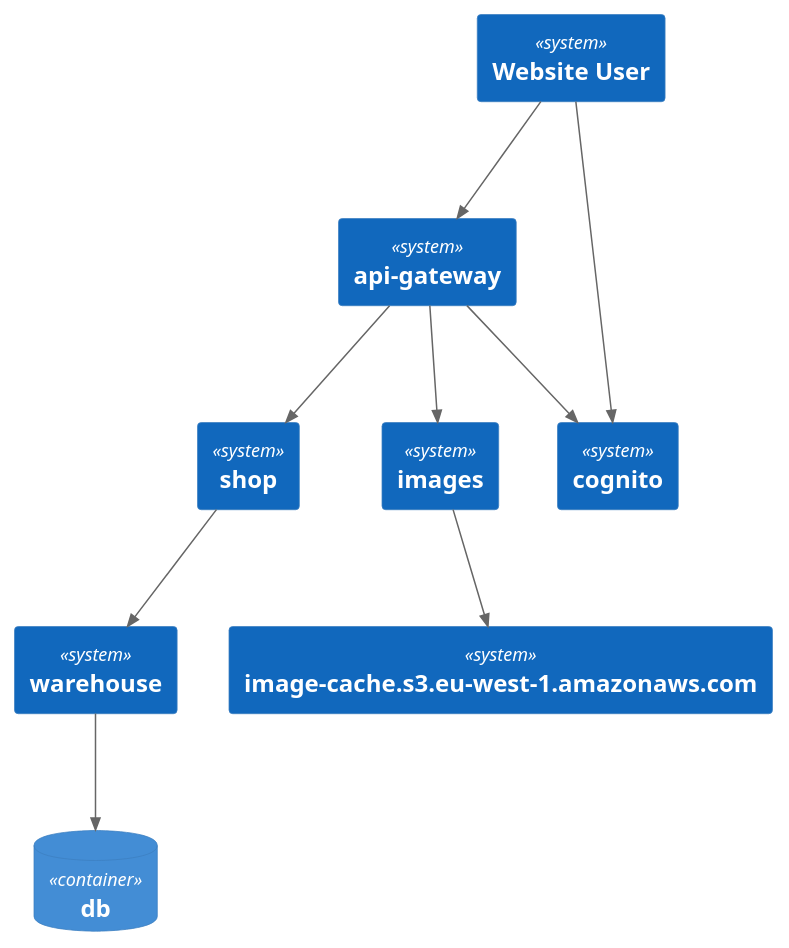
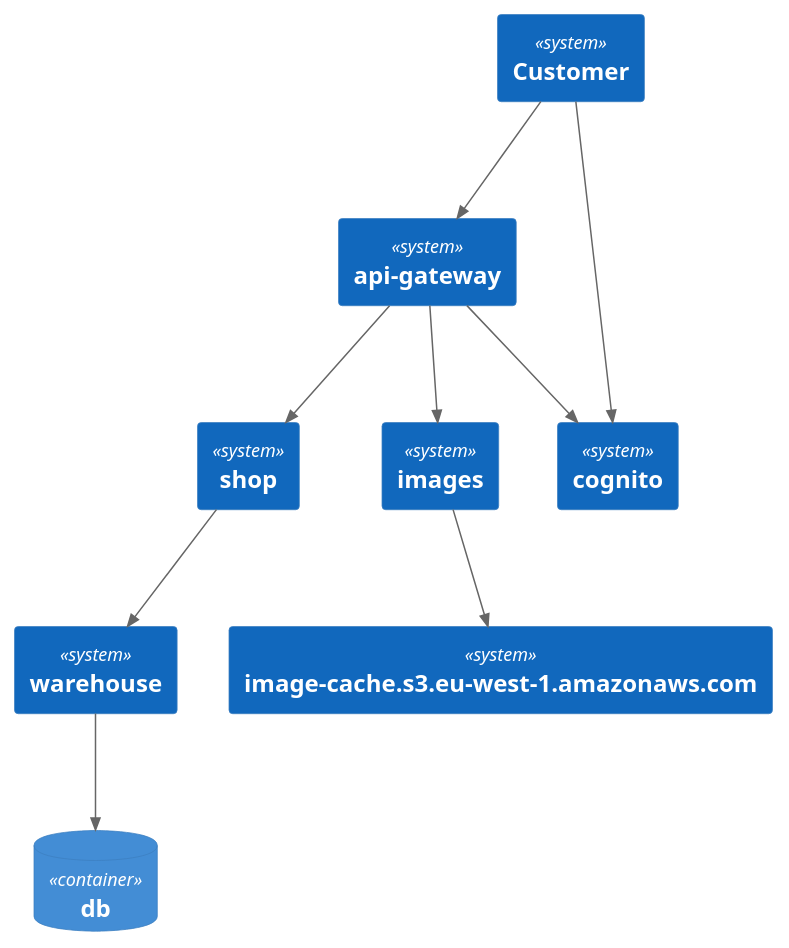
The diagram in .presentation/.generated/FailingTest - can load stock list and order item - Interactions.puml (http4k/exploring-the-testing-hyperpyramid), drawn with PlantUML before and after one commit. The commit also changed 2 other files, not shown here.

```diff
--- a/.presentation/.generated/FailingTest - can load stock list and order item - Interactions.puml
+++ b/.presentation/.generated/FailingTest - can load stock list and order item - Interactions.puml
@@ -1,22 +1,22 @@
 @startuml
 
 !include https://raw.githubusercontent.com/plantuml-stdlib/C4-PlantUML/master/C4_Container.puml
 
 
-System(WebsiteUser, "Website User")
+System(WebsiteUser, "Customer")
 System(apigateway, "api-gateway")
 System(shop, "shop")
 System(warehouse, "warehouse")
 System(images, "images")
 System(cognito, "cognito")
 ContainerDb(db, "db")
 System(imagecaches3euwest1amazonawscom, "image-cache.s3.eu-west-1.amazonaws.com")    
 Rel_D(WebsiteUser, apigateway, " ") 
 Rel_D(WebsiteUser, cognito, " ") 
 Rel_D(apigateway, cognito, " ") 
 Rel_D(apigateway, shop, " ") 
 Rel_D(shop, warehouse, " ") 
 Rel_D(warehouse, db, " ") 
 Rel_D(apigateway, images, " ") 
 Rel_D(images, imagecaches3euwest1amazonawscom, " ")     
 @enduml
```
